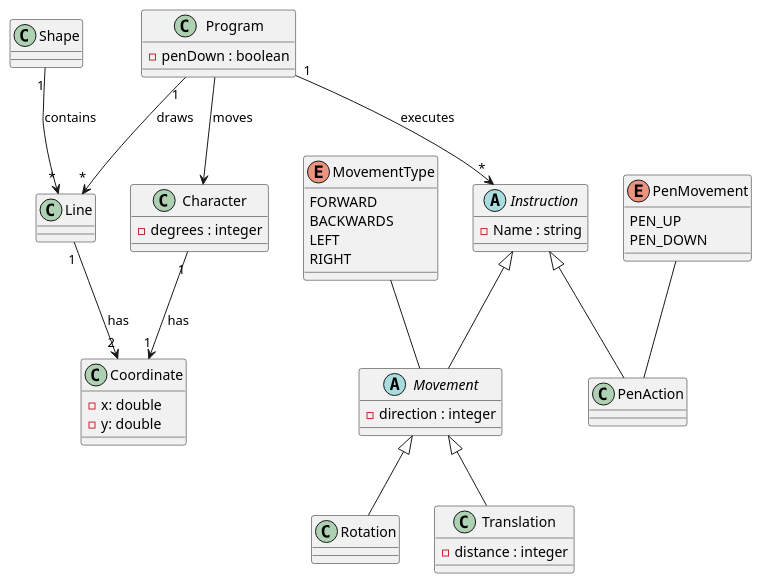
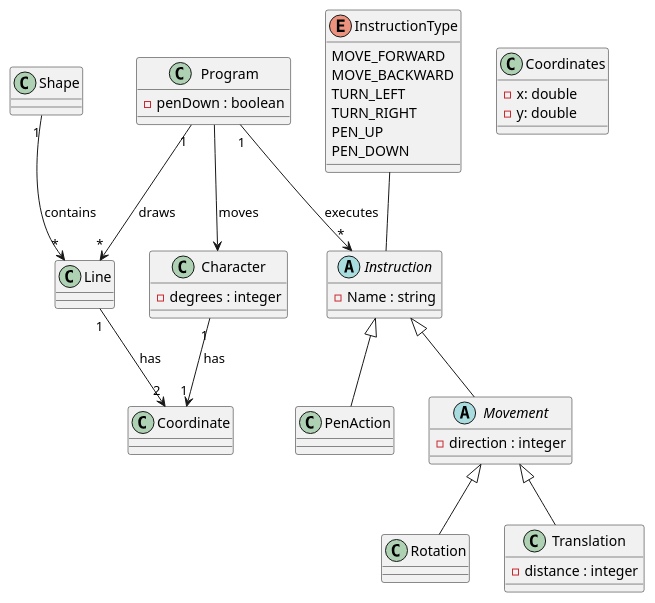
Before and after one commit to eab98/Scratch: the diagram in UML/Domain Diagram.puml, drawn with PlantUML.

Commit message:
fix(UML) : Correction diagramme de classe

```diff
--- a/UML/Domain Diagram.puml
+++ b/UML/Domain Diagram.puml
@@ -1,68 +1,62 @@
 @startuml
 
 class Program {
         - penDown : boolean
 }
 
 class Character {
         - degrees : integer
 
     }
-class Coordinate {
+class Coordinates {
     - x: double
     - y: double
 }
 
 abstract class Instruction {
     - Name : string
-}
-enum PenMovement {
-    PEN_UP
-    PEN_DOWN
 }
 
 
 abstract class Movement extends Instruction {
      - direction : integer
      }
 
 
 class Rotation extends Movement
 
 class Translation extends Movement {
     - distance : integer
     }
 
 class Line {
 }
 
 class Shape {
 
 }
 
 class PenAction extends Instruction {
 
 }
 
-
-enum MovementType {
-    FORWARD
-    BACKWARDS
-    LEFT
-    RIGHT
+enum InstructionType {
+    MOVE_FORWARD
+    MOVE_BACKWARD
+    TURN_LEFT
+    TURN_RIGHT
+    PEN_UP
+    PEN_DOWN
 }
-
-
 
 ' --- RELATIONS --- '
 
-MovementType -- Movement
+InstructionType -- Instruction
 Character "1" --> "1" Coordinate : has
 Program --> Character :  moves
 Program "1" --> "*" Instruction : executes
 Shape "1" --> "*" Line : contains
 Program "1" --> "*" Line : draws
 Line "1" --> "2" Coordinate : has
-PenMovement -- PenAction
 
 @end
```
